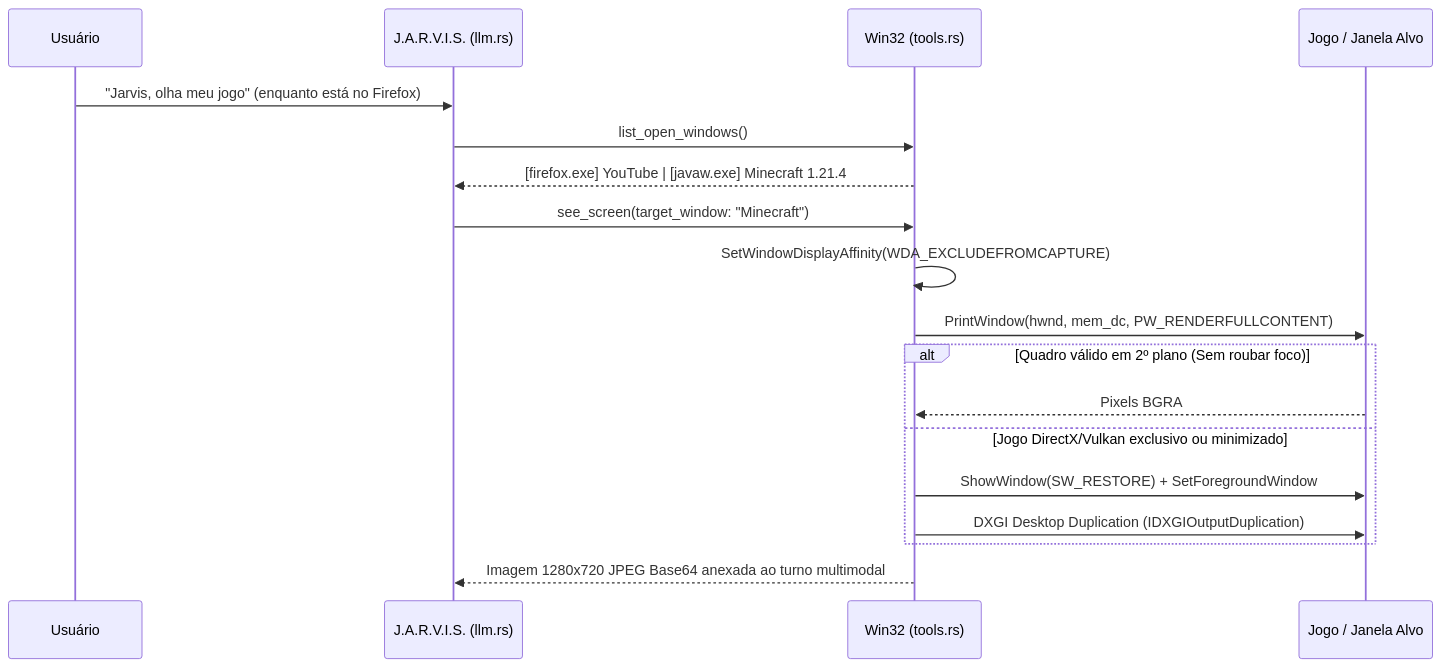
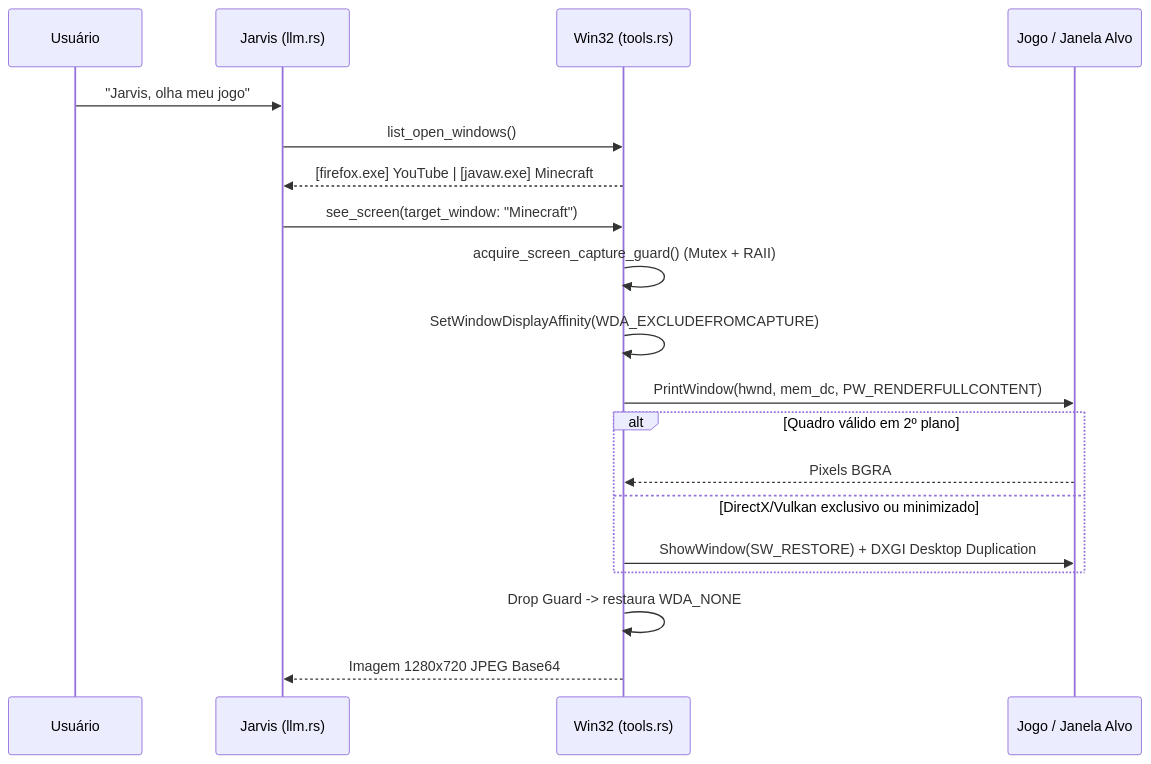
The second of 3 diagrams in docs/ARCHITECTURE.md (k48w/Jarvis), drawn with Mermaid before and after one commit. The commit also changed other lines of this file and 27 other files, not shown here.

````diff
--- a/docs/ARCHITECTURE.md
+++ b/docs/ARCHITECTURE.md
@@ -33,21 +37,22 @@
 ```mermaid
 sequenceDiagram
   participant U as Usuário
-  participant LLM as J.A.R.V.I.S. (llm.rs)
+  participant LLM as Jarvis (llm.rs)
   participant Win as Win32 (tools.rs)
   participant Target as Jogo / Janela Alvo
 
-  U->>LLM: "Jarvis, olha meu jogo" (enquanto está no Firefox)
+  U->>LLM: "Jarvis, olha meu jogo"
   LLM->>Win: list_open_windows()
-  Win-->>LLM: [firefox.exe] YouTube | [javaw.exe] Minecraft 1.21.4
+  Win-->>LLM: [firefox.exe] YouTube | [javaw.exe] Minecraft
   LLM->>Win: see_screen(target_window: "Minecraft")
+  Win->>Win: acquire_screen_capture_guard() (Mutex + RAII)
   Win->>Win: SetWindowDisplayAffinity(WDA_EXCLUDEFROMCAPTURE)
   Win->>Target: PrintWindow(hwnd, mem_dc, PW_RENDERFULLCONTENT)
-  alt Quadro válido em 2º plano (Sem roubar foco)
+  alt Quadro válido em 2º plano
     Target-->>Win: Pixels BGRA
-  else Jogo DirectX/Vulkan exclusivo ou minimizado
-    Win->>Target: ShowWindow(SW_RESTORE) + SetForegroundWindow
-    Win->>Target: DXGI Desktop Duplication (IDXGIOutputDuplication)
+  else DirectX/Vulkan exclusivo ou minimizado
+    Win->>Target: ShowWindow(SW_RESTORE) + DXGI Desktop Duplication
   end
-  Win-->>LLM: Imagem 1280x720 JPEG Base64 anexada ao turno multimodal
+  Win->>Win: Drop Guard -> restaura WDA_NONE
+  Win-->>LLM: Imagem 1280x720 JPEG Base64
 ```
````
